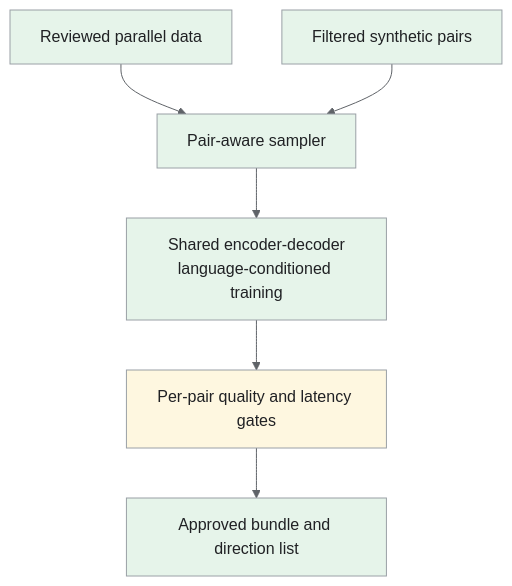
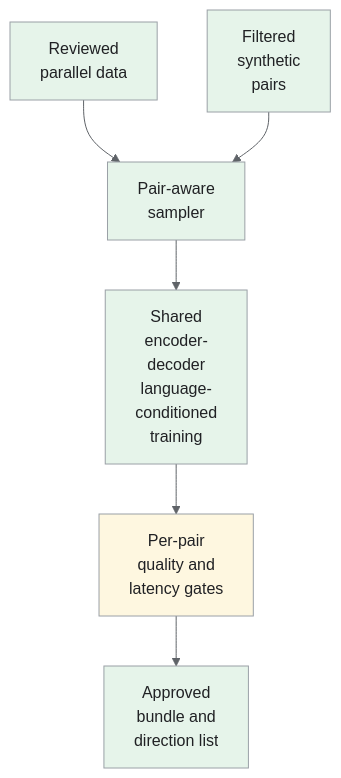
Before and after one commit to iliazlobin/iliazlobin.github.io: the fourth of 5 diagrams in _designs/ml-system-design-machine-translation.md, drawn with Mermaid. The commit also changed other lines of this file and 116 other files, not shown here.

````diff
--- a/_designs/ml-system-design-machine-translation.md
+++ b/_designs/ml-system-design-machine-translation.md
@@ -257,15 +270,15 @@
 ```mermaid
 %%{init: {'theme':'base','themeVariables':{'primaryColor':'#e8f0fe','primaryTextColor':'#202124','primaryBorderColor':'#9aa0a6','lineColor':'#5f6368','secondaryColor':'#e6f4ea','tertiaryColor':'#fef7e0','actorBkg':'#e8f0fe','actorBorder':'#9aa0a6','actorTextColor':'#202124','noteBkgColor':'#fef7e0','noteTextColor':'#202124','noteBorderColor':'#9aa0a6','signalColor':'#5f6368','signalTextColor':'#202124','labelBoxBkgColor':'#fef7e0','labelBoxBorderColor':'#9aa0a6'}}}%%
 flowchart TB
-    A["Reviewed parallel data"] --> S["Pair-aware sampler"]
-    B["Filtered synthetic pairs"] --> S
-    S --> T["Shared encoder-decoder<br>language-conditioned training"]
-    T --> E["Per-pair quality and latency gates"]
-    E --> R["Approved bundle and direction list"]
+    A["Reviewed<br>parallel data"] --> S["Pair-aware<br>sampler"]
+    B["Filtered<br>synthetic<br>pairs"] --> S
+    S --> T["Shared<br>encoder-<br>decoder<br>language-<br>conditioned<br>training"]
+    T --> E["Per-pair<br>quality and<br>latency gates"]
+    E --> R["Approved<br>bundle and<br>direction list"]
 classDef request fill:#e8f0fe,stroke:#9aa0a6,color:#202124;
 classDef data fill:#e6f4ea,stroke:#9aa0a6,color:#202124;
 classDef control fill:#fef7e0,stroke:#9aa0a6,color:#202124;
 class A,B,S,T,R data;
 class E control;
 
 ```
````
